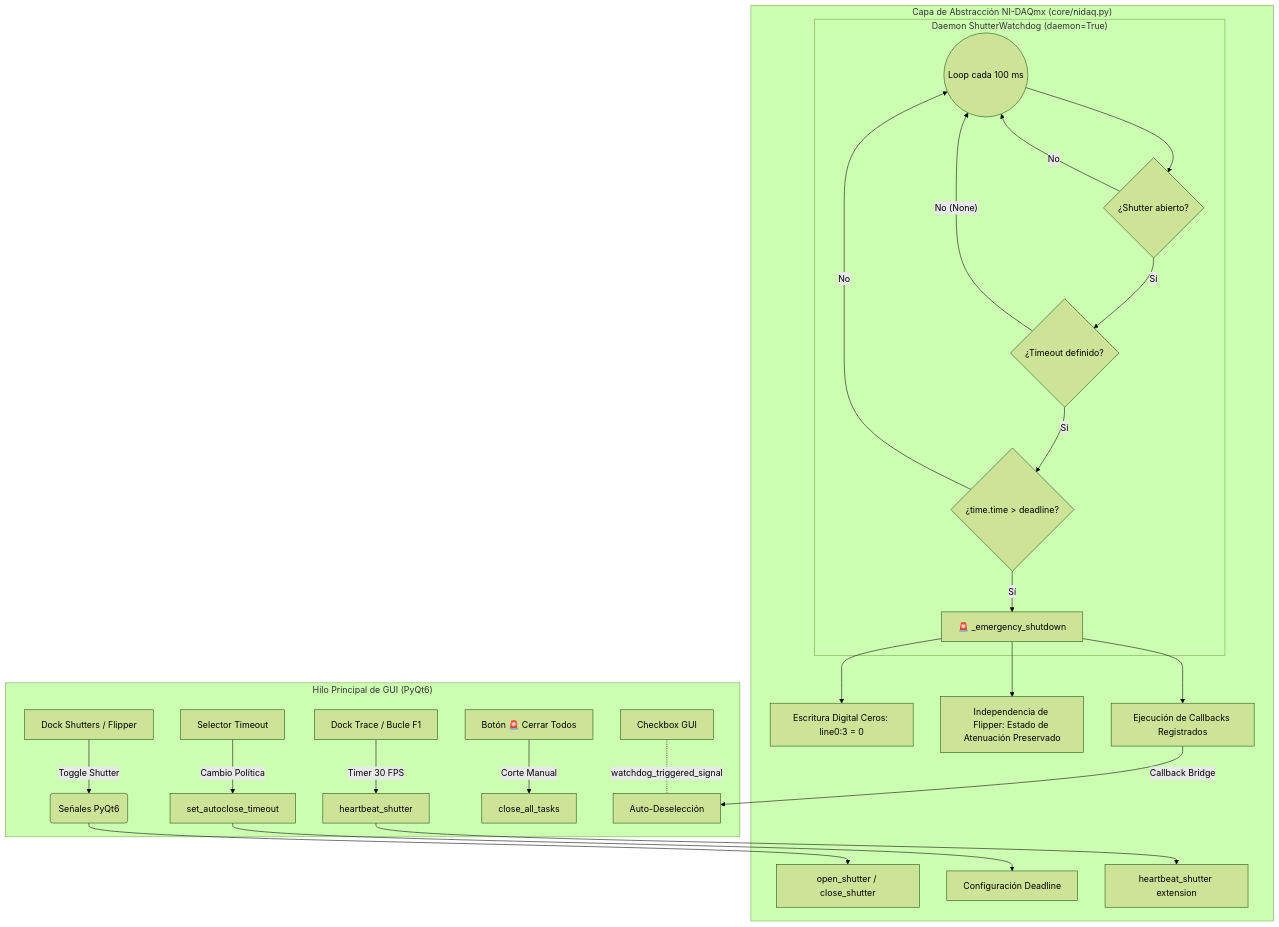
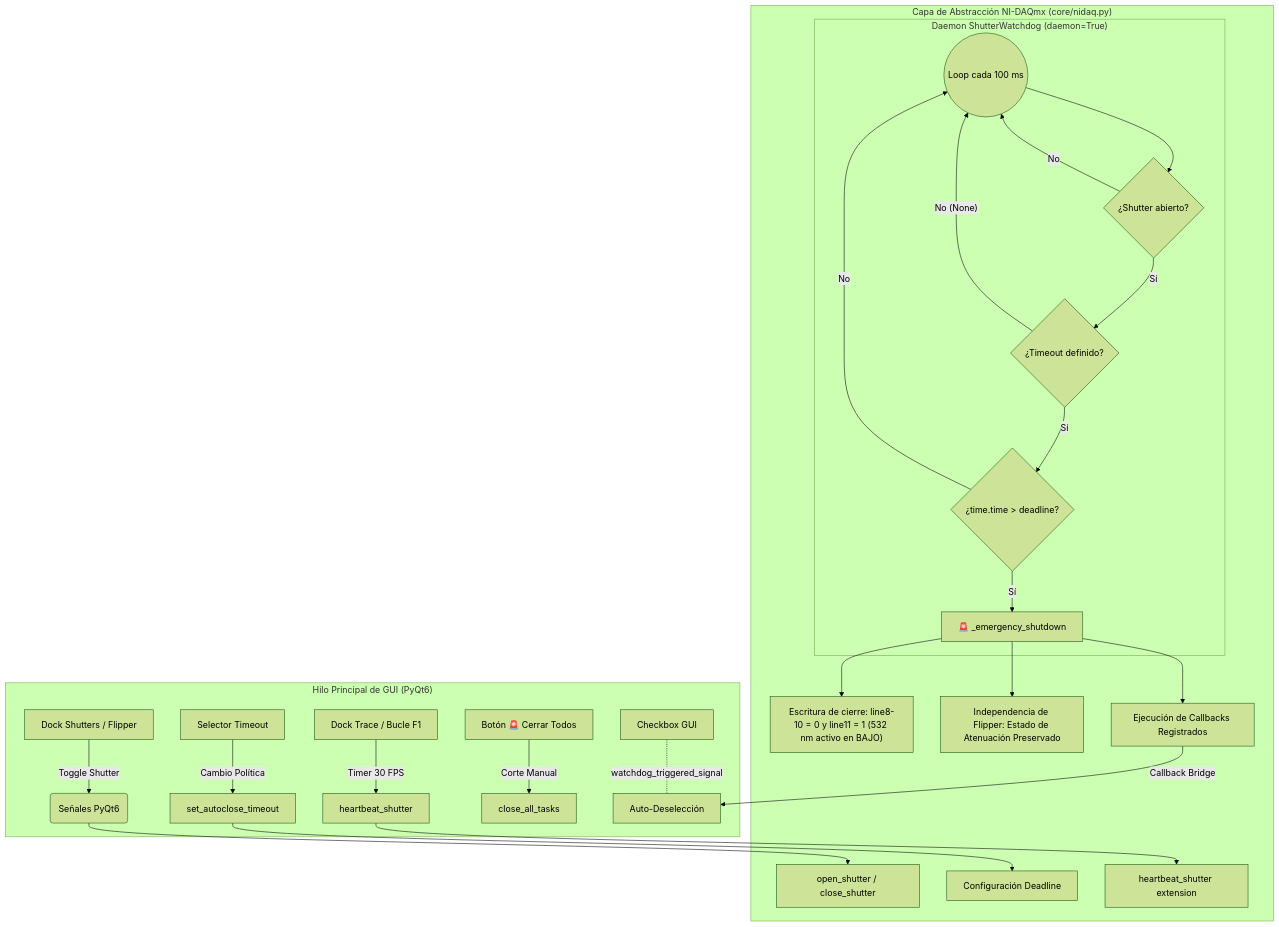
Before and after one commit to joselitog1999/pyprinting_3.0: the diagram in reportes/sistema/SYS-201_Seguridad_Optica_Watchdog_y_Obturadores.md, drawn with Mermaid (forest theme). The commit also changed other lines of this file and 201 other files, not shown here.

````diff
--- a/reportes/sistema/SYS-201_Seguridad_Optica_Watchdog_y_Obturadores.md
+++ b/reportes/sistema/SYS-201_Seguridad_Optica_Watchdog_y_Obturadores.md
@@ -75,32 +75,32 @@
 ```mermaid
 flowchart TD
     subgraph UI_Thread["Hilo Principal de GUI (PyQt6)"]
         A[Dock Shutters / Flipper] -->|Toggle Shutter| B(Señales PyQt6)
         C[Dock Trace / Bucle F1] -->|Timer 30 FPS| D[heartbeat_shutter]
         E[Selector Timeout] -->|Cambio Política| F[set_autoclose_timeout]
         G[Botón 🚨 Cerrar Todos] -->|Corte Manual| H[close_all_tasks]
         I[Checkbox GUI] <-.-|watchdog_triggered_signal| J[Auto-Deselección]
     end
 
     subgraph DAQ_Layer["Capa de Abstracción NI-DAQmx (core/nidaq.py)"]
         B --> K[open_shutter / close_shutter]
         F --> L[Configuración Deadline]
         D --> M[heartbeat_shutter extension]
         
         subgraph Watchdog_Daemon["Daemon ShutterWatchdog (daemon=True)"]
             N((Loop cada 100 ms)) --> O{¿Shutter abierto?}
             O -- No --> N
             O -- Sí --> P{¿Timeout definido?}
             P -- No (None) --> N
             P -- Sí --> Q{¿time.time > deadline?}
             Q -- No --> N
             Q -- Sí --> R[🚨 _emergency_shutdown]
         end
         
-        R --> S[Escritura Digital Ceros: line0:3 = 0]
+        R --> S["Escritura de cierre: line8-10 = 0 y line11 = 1 (532 nm activo en BAJO)"]
         R --> T[Independencia de Flipper: Estado de Atenuación Preservado]
         R --> U[Ejecución de Callbacks Registrados]
     end
 
     U -->|Callback Bridge| J
 ```
````
